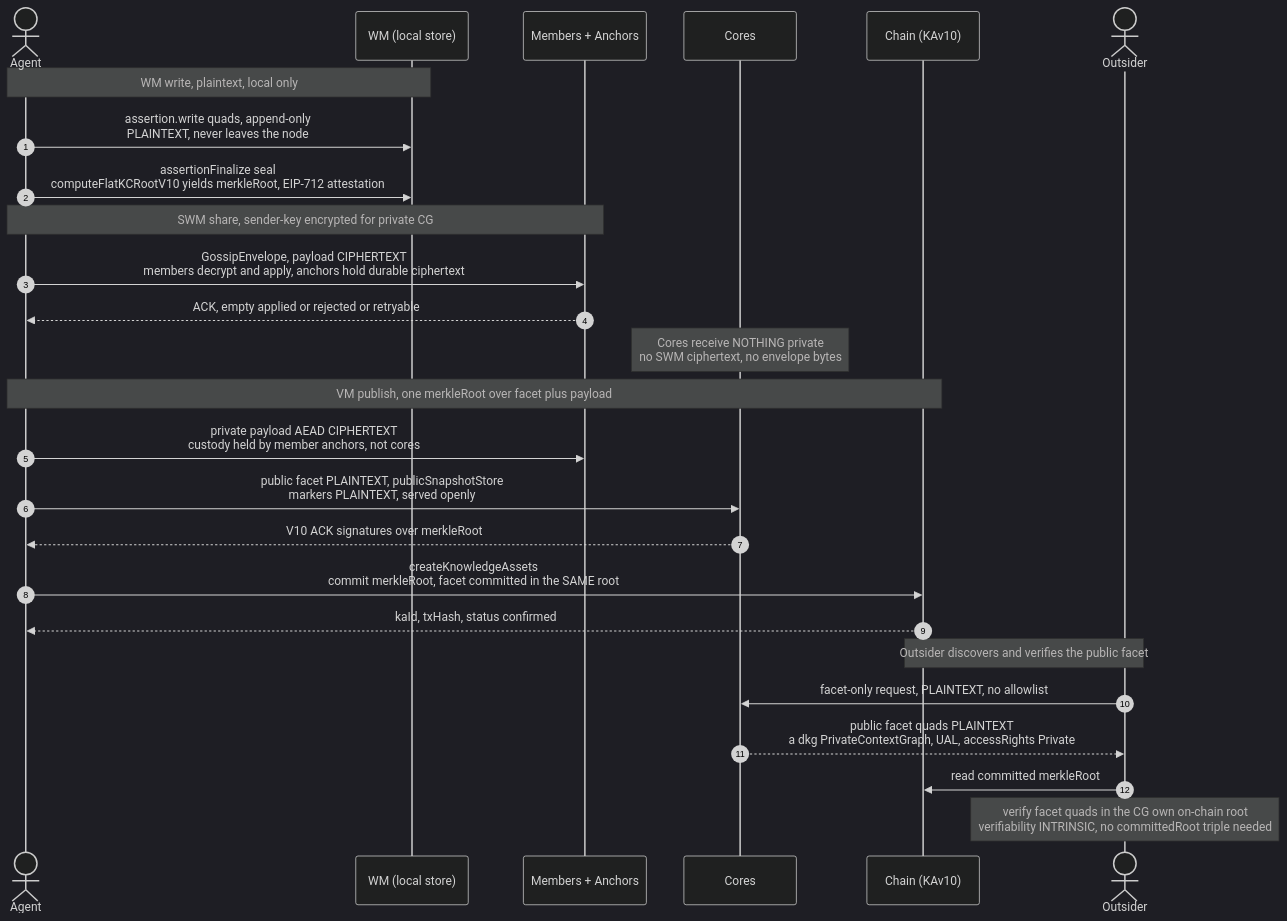
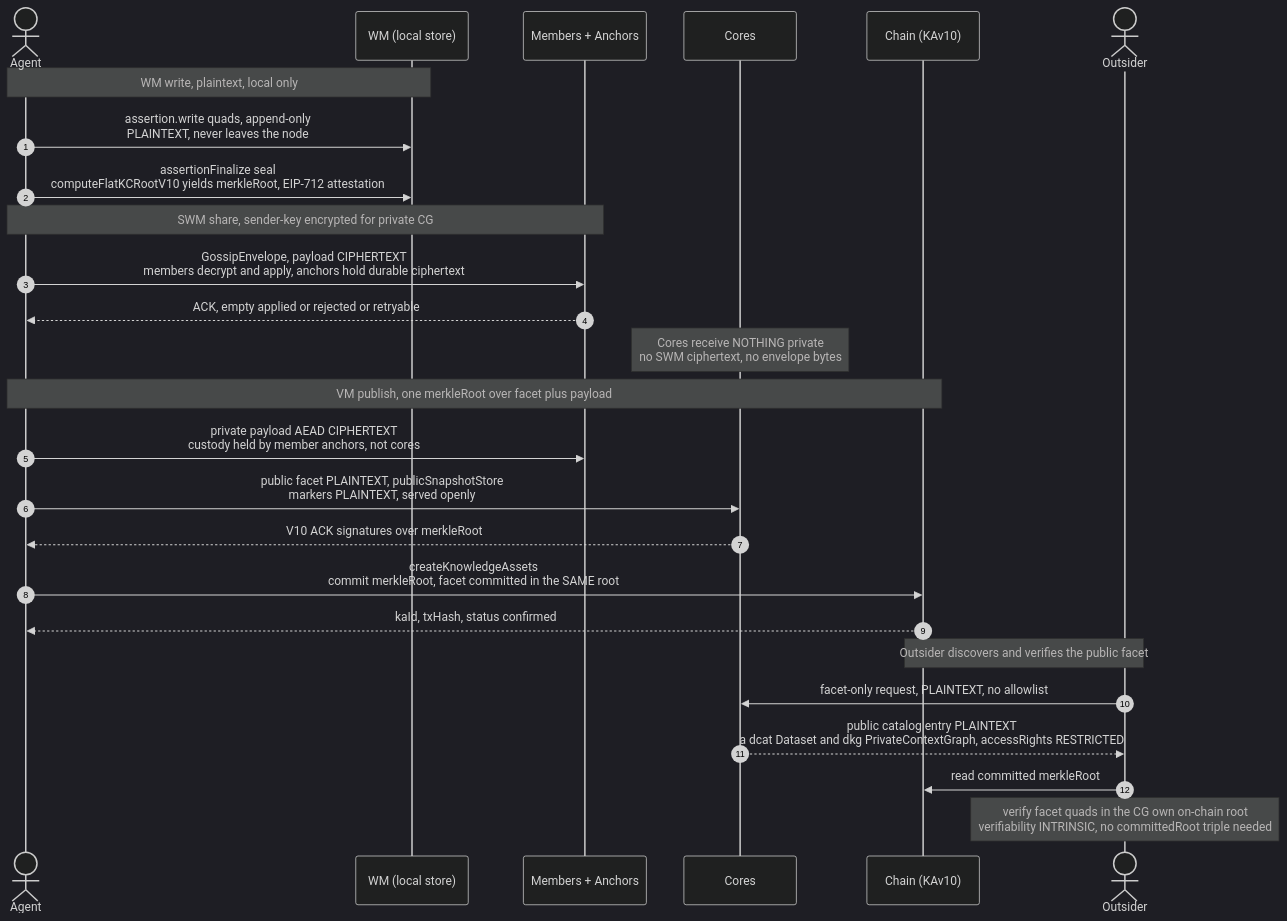
One commit to OriginTrail/dkg changed the diagram in docs/active-now/OT-RFC-49-TRIPLE-FLOW-WM-SWM-VM.md. Above: the diagram before and after it, drawn with Mermaid (dark theme). The commit also changed other lines of this file, not shown here.

First line of the commit message:
docs(OT-RFC-49): public face = DCAT dataset record in the _catalog subgraph (was _facet)

````diff
--- a/docs/active-now/OT-RFC-49-TRIPLE-FLOW-WM-SWM-VM.md
+++ b/docs/active-now/OT-RFC-49-TRIPLE-FLOW-WM-SWM-VM.md
@@ -48,32 +48,32 @@
 ```mermaid
 sequenceDiagram
     autonumber
     actor Agent
     participant WM as WM (local store)
     participant Anchors as Members + Anchors
     participant Cores as Cores
     participant Chain as Chain (KAv10)
     actor Outsider
 
     Note over Agent,WM: WM write, plaintext, local only
     Agent->>WM: assertion.write quads, append-only<br/>PLAINTEXT, never leaves the node
     Agent->>WM: assertionFinalize seal<br/>computeFlatKCRootV10 yields merkleRoot, EIP-712 attestation
 
     Note over Agent,Anchors: SWM share, sender-key encrypted for private CG
     Agent->>Anchors: GossipEnvelope, payload CIPHERTEXT<br/>members decrypt and apply, anchors hold durable ciphertext
     Anchors-->>Agent: ACK, empty applied or rejected or retryable
     Note over Cores: Cores receive NOTHING private<br/>no SWM ciphertext, no envelope bytes
 
     Note over Agent,Chain: VM publish, one merkleRoot over facet plus payload
     Agent->>Anchors: private payload AEAD CIPHERTEXT<br/>custody held by member anchors, not cores
     Agent->>Cores: public facet PLAINTEXT, publicSnapshotStore<br/>markers PLAINTEXT, served openly
     Cores-->>Agent: V10 ACK signatures over merkleRoot
     Agent->>Chain: createKnowledgeAssets<br/>commit merkleRoot, facet committed in the SAME root
     Chain-->>Agent: kaId, txHash, status confirmed
 
     Note over Outsider,Chain: Outsider discovers and verifies the public facet
     Outsider->>Cores: facet-only request, PLAINTEXT, no allowlist
-    Cores-->>Outsider: public facet quads PLAINTEXT<br/>a dkg PrivateContextGraph, UAL, accessRights Private
+    Cores-->>Outsider: public catalog entry PLAINTEXT<br/>a dcat Dataset and dkg PrivateContextGraph, accessRights RESTRICTED
     Outsider->>Chain: read committed merkleRoot
     Note over Outsider: verify facet quads in the CG own on-chain root<br/>verifiability INTRINSIC, no committedRoot triple needed
 ```
````
